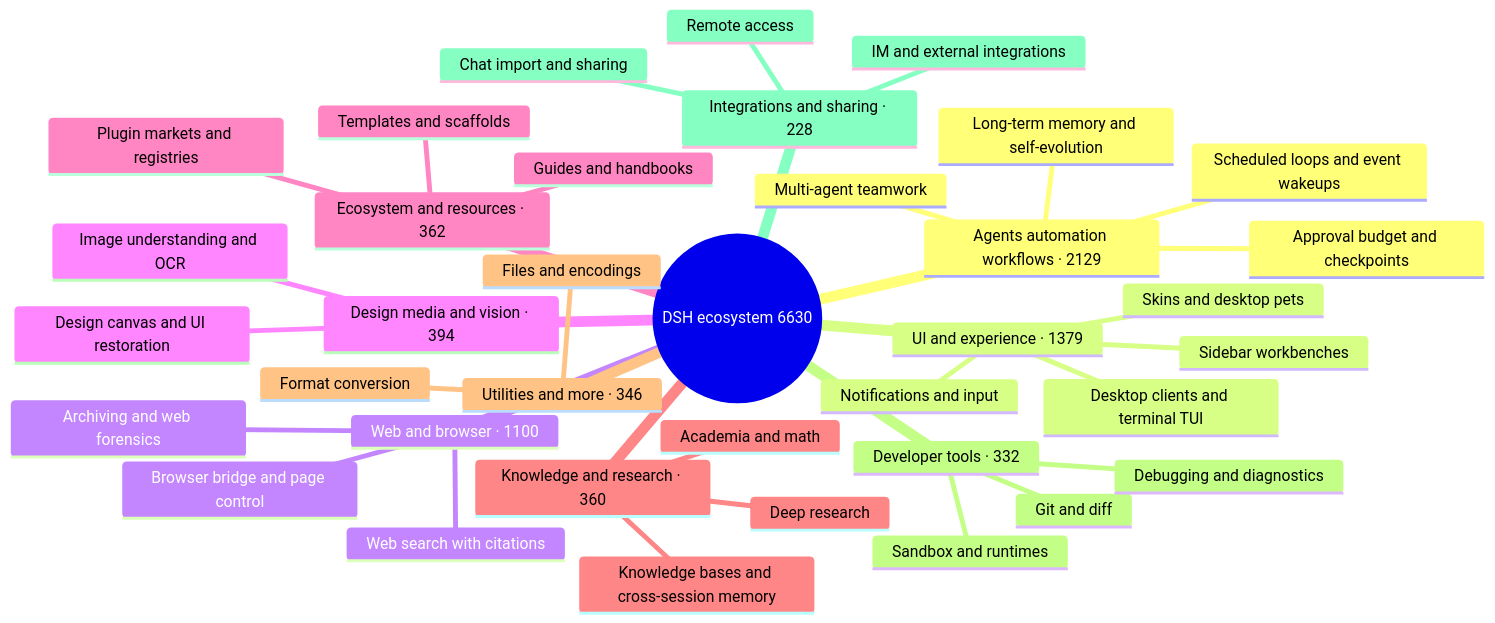
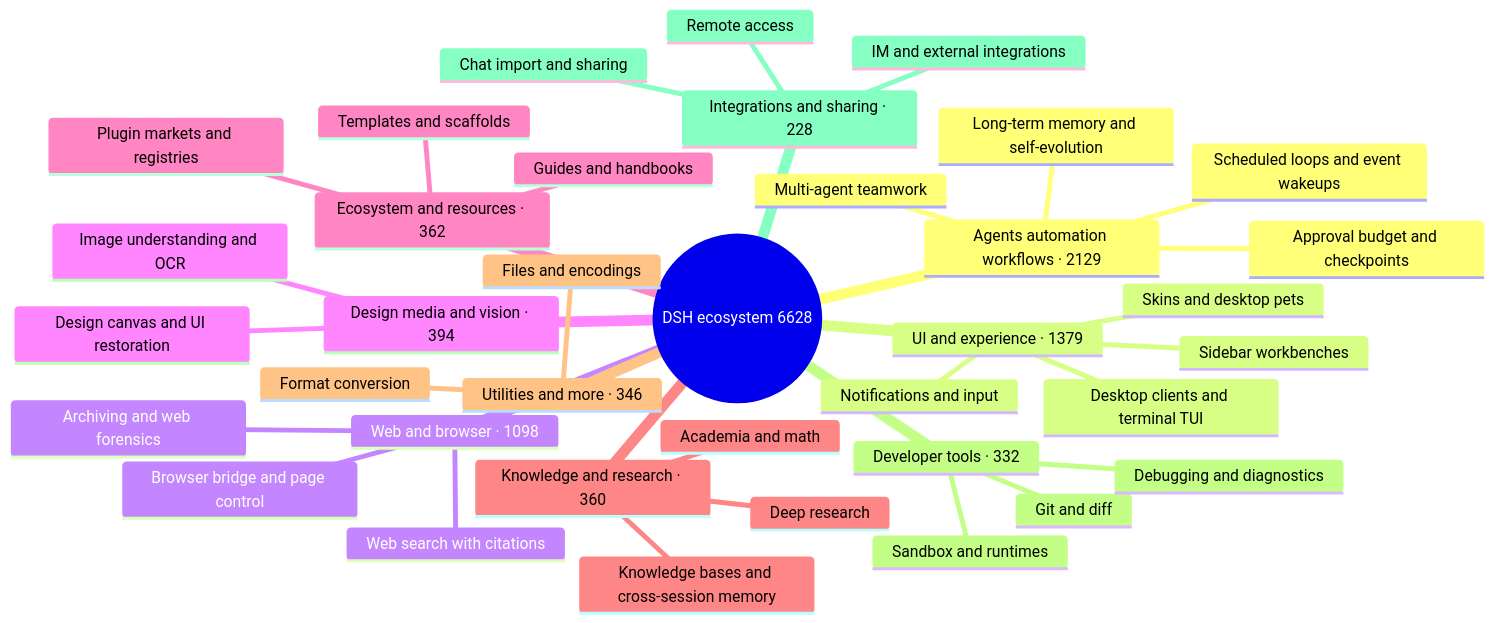
Before and after one commit to bruc3van/awesome-dsh-plugin: the diagram in README_EN.md, drawn with Mermaid. The commit also changed other lines of this file and 6 other files, not shown here.

````diff
--- a/README_EN.md
+++ b/README_EN.md
@@ -33,40 +33,40 @@
 ```mermaid
 mindmap
-  root((DSH ecosystem 6630))
+  root((DSH ecosystem 6628))
     Agents automation workflows · 2129
       Scheduled loops and event wakeups
       Multi-agent teamwork
       Long-term memory and self-evolution
       Approval budget and checkpoints
     UI and experience · 1379
       Desktop clients and terminal TUI
       Sidebar workbenches
       Skins and desktop pets
       Notifications and input
-    Web and browser · 1100
+    Web and browser · 1098
       Browser bridge and page control
       Web search with citations
       Archiving and web forensics
     Design media and vision · 394
       Image understanding and OCR
       Design canvas and UI restoration
     Ecosystem and resources · 362
       Plugin markets and registries
       Templates and scaffolds
       Guides and handbooks
     Knowledge and research · 360
       Knowledge bases and cross-session memory
       Deep research
       Academia and math
     Utilities and more · 346
       Files and encodings
       Format conversion
     Developer tools · 332
       Git and diff
       Sandbox and runtimes
       Debugging and diagnostics
     Integrations and sharing · 228
       Chat import and sharing
       Remote access
       IM and external integrations
 ```
````
